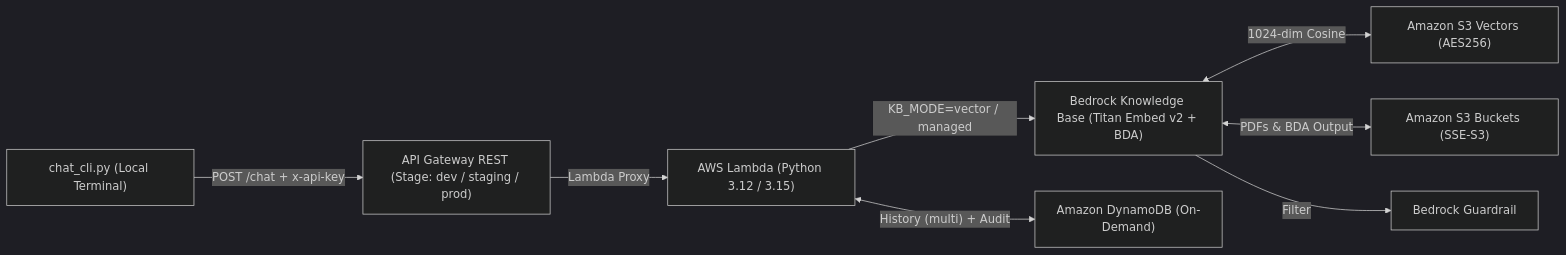
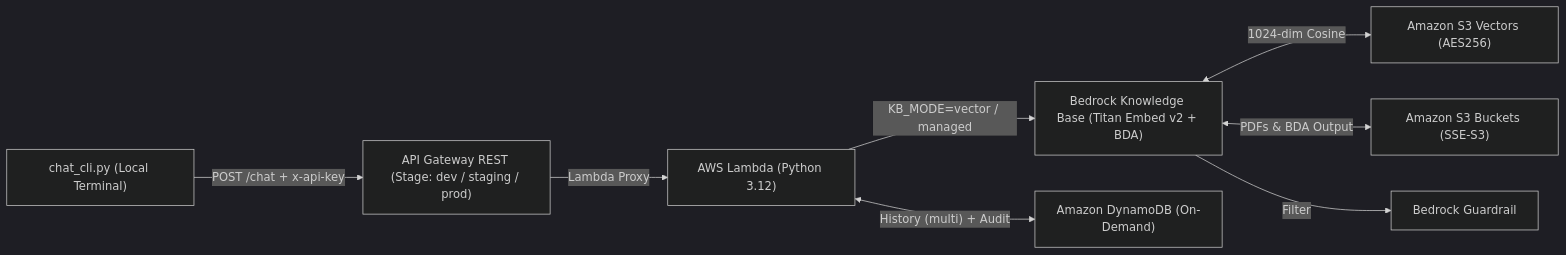
The diagram in README.md (revhawk/AWS_Chatbot_experiment), drawn with Mermaid (dark theme) before and after one commit. The commit also changed other lines of this file and 14 other files, not shown here.

````diff
--- a/README.md
+++ b/README.md
@@ -12,10 +12,10 @@
 ```mermaid
 flowchart LR
     CLI["chat_cli.py (Local Terminal)"] -->|"POST /chat + x-api-key"| APIGW["API Gateway REST (Stage: dev / staging / prod)"]
-    APIGW -->|"Lambda Proxy"| LAMBDA["AWS Lambda (Python 3.12 / 3.15)"]
+    APIGW -->|"Lambda Proxy"| LAMBDA["AWS Lambda (Python 3.12)"]
     LAMBDA -->|"KB_MODE=vector / managed"| KB["Bedrock Knowledge Base (Titan Embed v2 + BDA)"]
     KB <-->|"1024-dim Cosine"| VEC["Amazon S3 Vectors (AES256)"]
     KB <-->|"PDFs & BDA Output"| S3["Amazon S3 Buckets (SSE-S3)"]
     KB -->|"Filter"| GR["Bedrock Guardrail"]
     LAMBDA <-->|"History (multi) + Audit"| DDB["Amazon DynamoDB (On-Demand)"]
 ```
````
